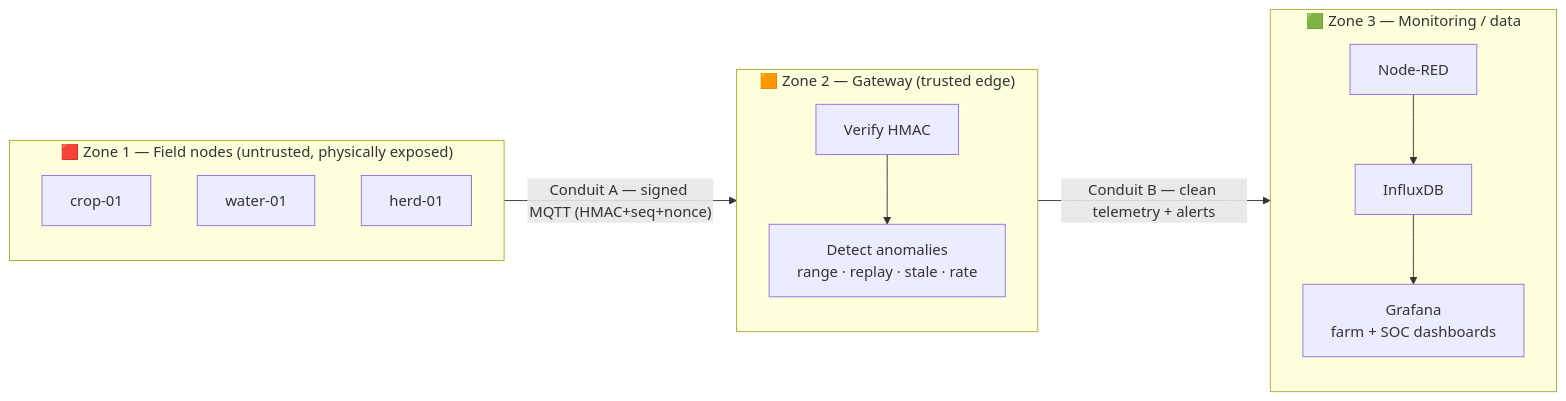
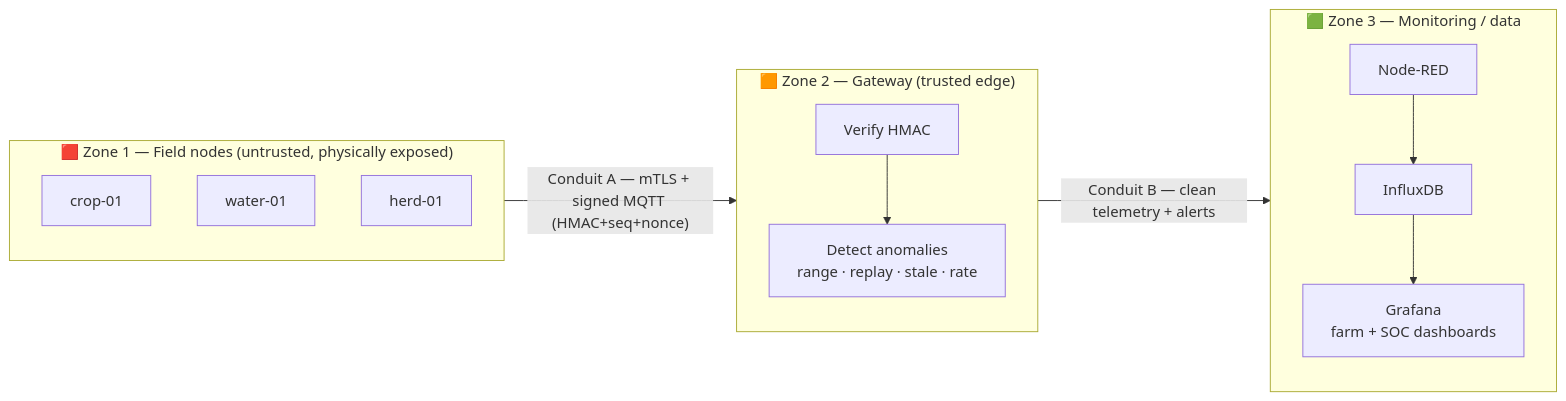
One commit to Zoel-Manchon/agrisentinel changed the diagram in docs/THREAT_MODEL.md. Above: the diagram before and after it, drawn with Mermaid. The commit also changed other lines of this file, not shown here.

````diff
--- a/docs/THREAT_MODEL.md
+++ b/docs/THREAT_MODEL.md
@@ -19,19 +22,19 @@
 ```mermaid
 flowchart LR
     subgraph Z1["🟥 Zone 1 — Field nodes (untrusted, physically exposed)"]
         C["crop-01"]
         W["water-01"]
         H["herd-01"]
     end
 
     subgraph Z2["🟧 Zone 2 — Gateway (trusted edge)"]
         V["Verify HMAC"] --> D["Detect anomalies<br/>range · replay · stale · rate"]
     end
 
     subgraph Z3["🟩 Zone 3 — Monitoring / data"]
         NR["Node-RED"] --> IDB["InfluxDB"] --> GF["Grafana<br/>farm + SOC dashboards"]
     end
 
-    Z1 -- "Conduit A — signed MQTT (HMAC+seq+nonce)" --> Z2
+    Z1 -- "Conduit A — mTLS + signed MQTT (HMAC+seq+nonce)" --> Z2
     Z2 -- "Conduit B — clean telemetry + alerts" --> Z3
 ```
````
